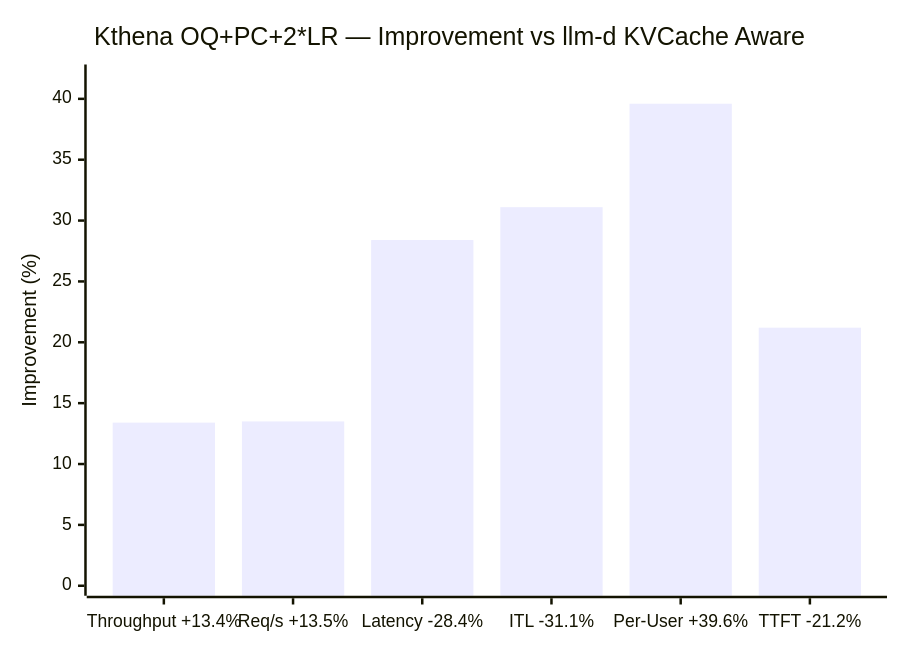
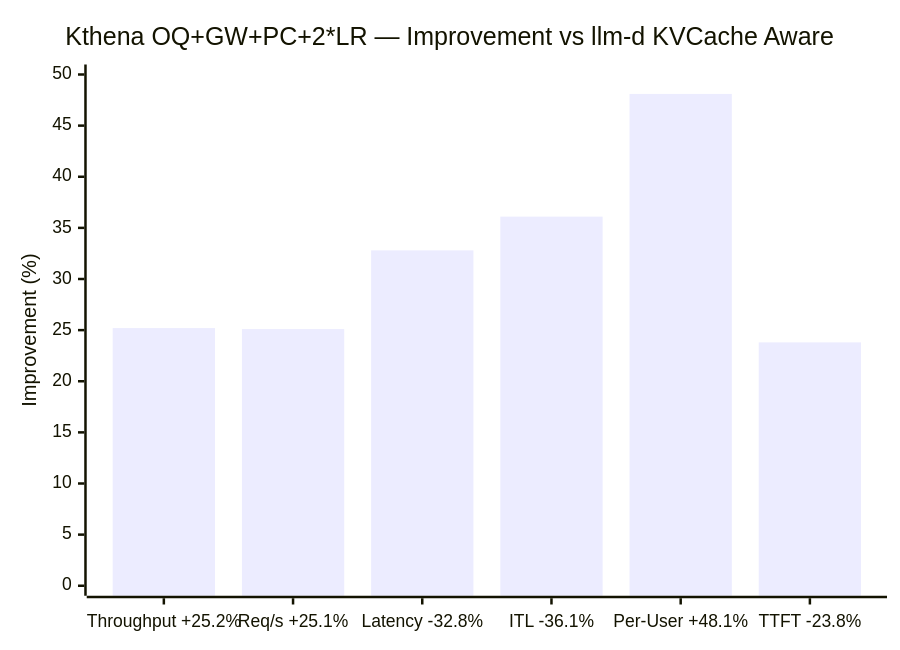
One commit to YaoZengzeng/kthena changed the eighth of 9 diagrams in benchmark-report-concurrency-40.md. Above: the diagram before and after it, drawn with Mermaid. The commit also changed other lines of this file and 1 other file, not shown here.

````diff
--- a/benchmark-report-concurrency-40.md
+++ b/benchmark-report-concurrency-40.md
@@ -154,7 +158,7 @@
 ```mermaid
 xychart-beta
-    title "Kthena OQ+PC+2*LR — Improvement vs llm-d KVCache Aware"
-    x-axis ["Throughput +13.4%", "Req/s +13.5%", "Latency -28.4%", "ITL -31.1%", "Per-User +39.6%", "TTFT -21.2%"]
-    y-axis "Improvement (%)" 0 --> 42
-    bar [13.4, 13.5, 28.4, 31.1, 39.6, 21.2]
+    title "Kthena OQ+GW+PC+2*LR — Improvement vs llm-d KVCache Aware"
+    x-axis ["Throughput +25.2%", "Req/s +25.1%", "Latency -32.8%", "ITL -36.1%", "Per-User +48.1%", "TTFT -23.8%"]
+    y-axis "Improvement (%)" 0 --> 50
+    bar [25.2, 25.1, 32.8, 36.1, 48.1, 23.8]
 ```
````
